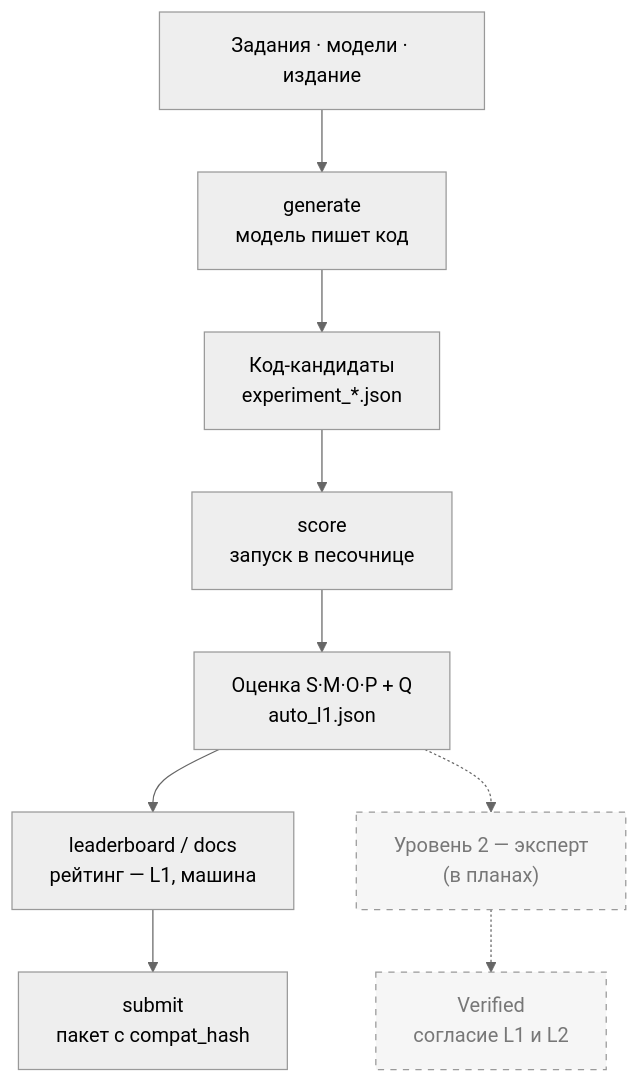
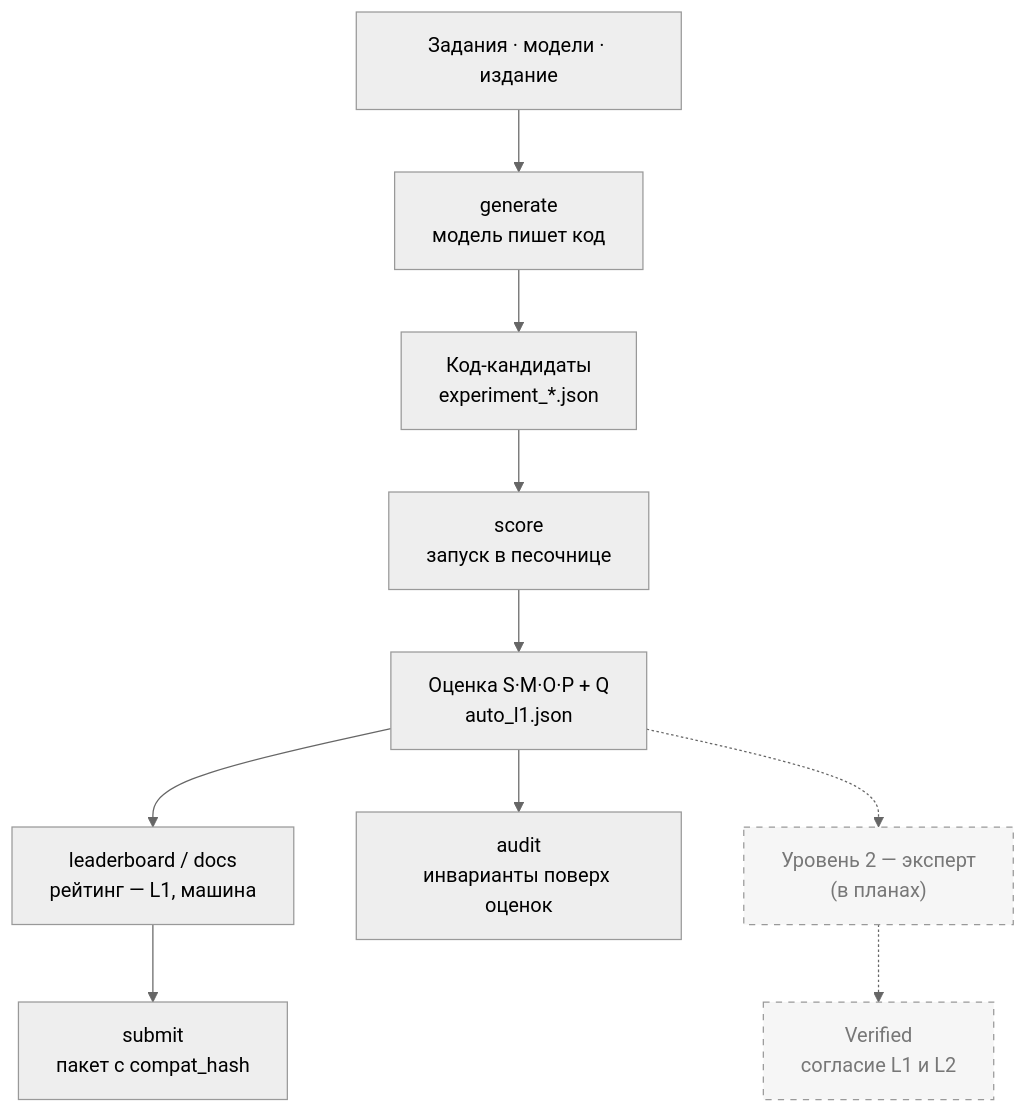
The second of 2 diagrams in docs/architecture.md (genlab-1c/prism), drawn with Mermaid (neutral theme) before and after one commit. The commit also changed other lines of this file and 7 other files, not shown here.

````diff
--- a/docs/architecture.md
+++ b/docs/architecture.md
@@ -103,19 +168,21 @@
 ```mermaid
 flowchart TD
     IN["Задания · модели · издание"]
     GEN["generate<br/>модель пишет код"]
     EXP["Код-кандидаты<br/>experiment_*.json"]
     SCORE["score<br/>запуск в песочнице"]
     AUTO["Оценка S·M·O·P + Q<br/>auto_l1.json"]
     LB["leaderboard / docs<br/>рейтинг — L1, машина"]
     SUB["submit<br/>пакет с compat_hash"]
+    AUD["audit<br/>инварианты поверх оценок"]
     L2["Уровень 2 — эксперт<br/>(в планах)"]
     VER["Verified<br/>согласие L1 и L2"]
 
     IN --> GEN --> EXP --> SCORE --> AUTO
+    AUTO --> AUD
     AUTO --> LB --> SUB
     AUTO -.-> L2 -.-> VER
 
     classDef planned stroke-dasharray:5 5,fill:#f6f6f6,color:#777;
     class L2,VER planned;
 ```
````
